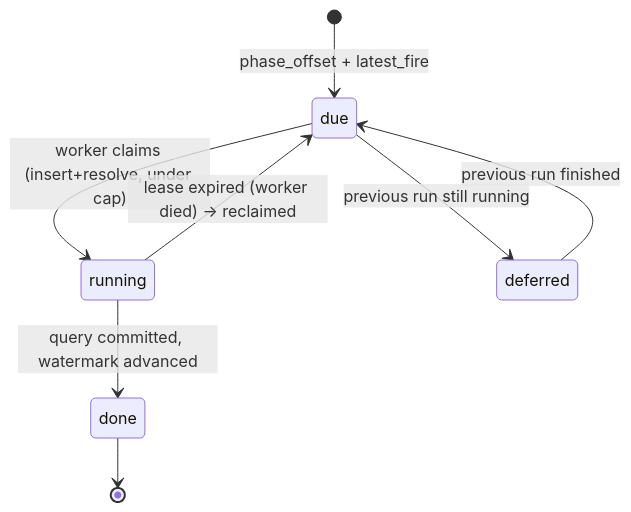
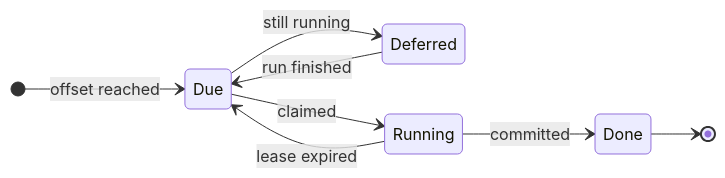
Before and after one commit to hyperi-io/dfe-engine: the sixth of 8 diagrams in docs/control-plane/governed-ops-design.md, drawn with Mermaid. The commit also changed other lines of this file and 71 other files, not shown here.

First line of the commit message:
docs(engine): fix 159 claims and redraw every diagram

````diff
--- a/docs/control-plane/governed-ops-design.md
+++ b/docs/control-plane/governed-ops-design.md
@@ -319,10 +212,13 @@
 ```mermaid
 stateDiagram-v2
-    [*] --> due: phase_offset + latest_fire
-    due --> running: worker claims (insert+resolve, under cap)
-    running --> done: query committed, watermark advanced
-    running --> due: lease expired (worker died) -> reclaimed
-    done --> [*]
-    due --> deferred: previous run still running
-    deferred --> due: previous run finished
+    direction LR
+    accTitle: L4 Detail -- Hunt fire lifecycle
+    accDescr: A fire is due at its offset, deferred while the previous run is still going, running once a worker claims it, and done once its query commits and the watermark advances. A run with an expired lease goes back to due.
+    [*] --> Due: offset reached
+    Due --> Deferred: still running
+    Deferred --> Due: run finished
+    Due --> Running: claimed
+    Running --> Due: lease expired
+    Running --> Done: committed
+    Done --> [*]
 ```
````
